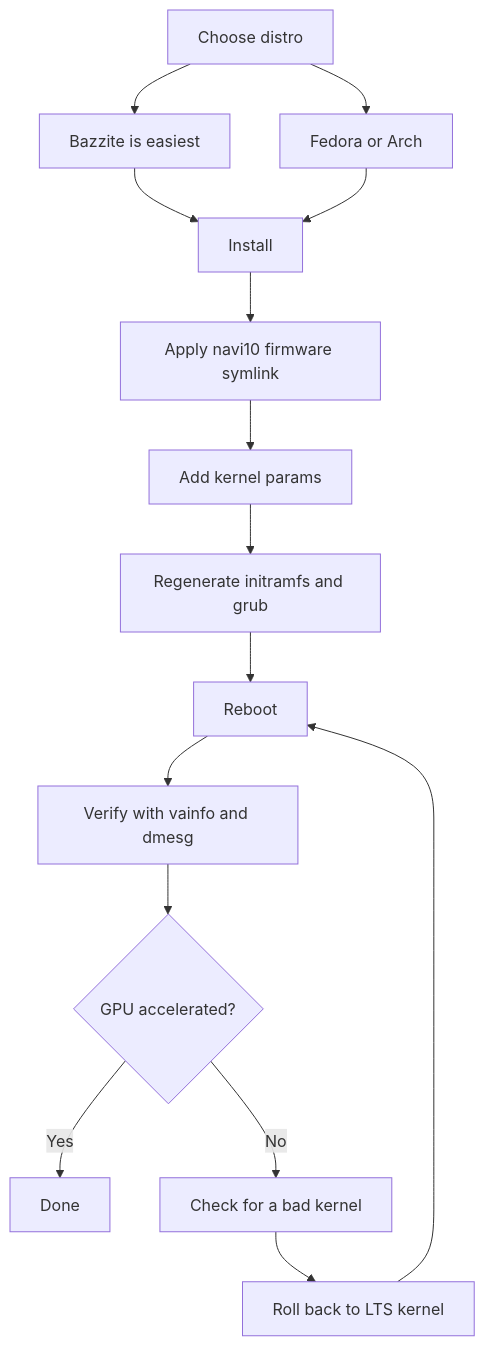
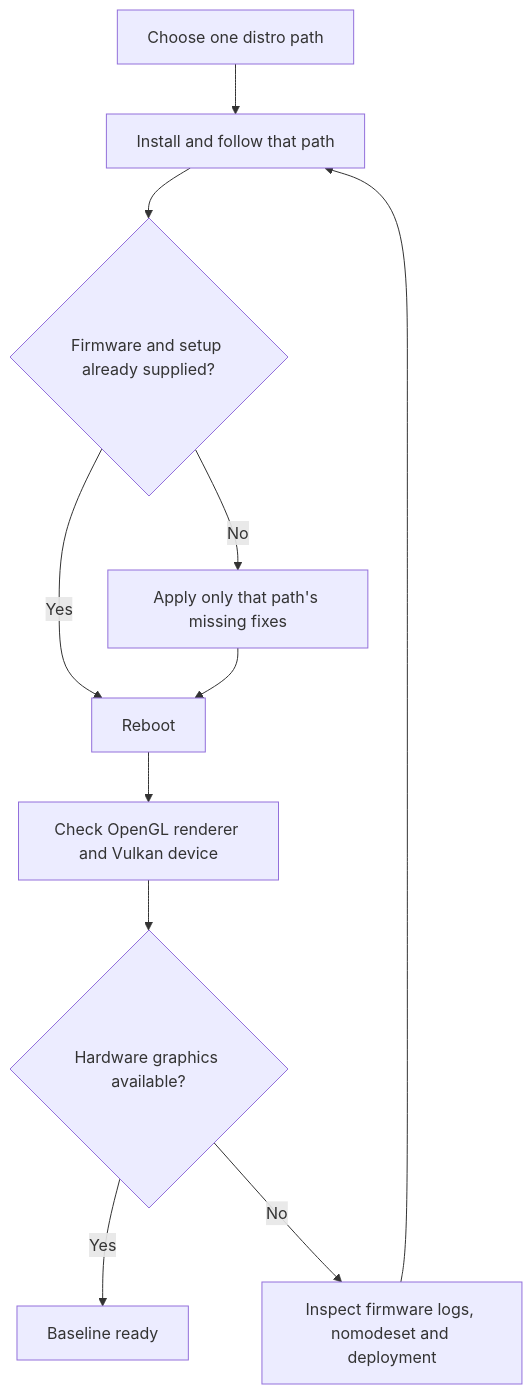
Before and after one commit to kalpakprod/awesome-bc250: the diagram in docs/en/06-linux.md, drawn with Mermaid. The commit also changed other lines of this file and 5 other files, not shown here.

````diff
--- a/docs/en/06-linux.md
+++ b/docs/en/06-linux.md
@@ -39,17 +39,13 @@
 ```mermaid
 flowchart TD
-    A["Choose distro"] --> B["Bazzite is easiest"]
-    A --> C["Fedora or Arch"]
-    B --> D["Install"]
-    C --> D
-    D --> E["Apply navi10 firmware symlink"]
-    E --> F["Add kernel params"]
-    F --> G["Regenerate initramfs and grub"]
-    G --> H["Reboot"]
-    H --> I["Verify with vainfo and dmesg"]
-    I --> J{"GPU accelerated?"}
-    J -->|Yes| K["Done"]
-    J -->|No| L["Check for a bad kernel"]
-    L --> M["Roll back to LTS kernel"]
-    M --> H
+    A["Choose one distro path"] --> B["Install and follow that path"]
+    B --> C{"Firmware and setup already supplied?"}
+    C -->|Yes| R["Reboot"]
+    C -->|No| F["Apply only that path's missing fixes"]
+    F --> R
+    R --> V["Check OpenGL renderer and Vulkan device"]
+    V --> G{"Hardware graphics available?"}
+    G -->|Yes| D["Baseline ready"]
+    G -->|No| L["Inspect firmware logs, nomodeset and deployment"]
+    L --> B
 ```
````
